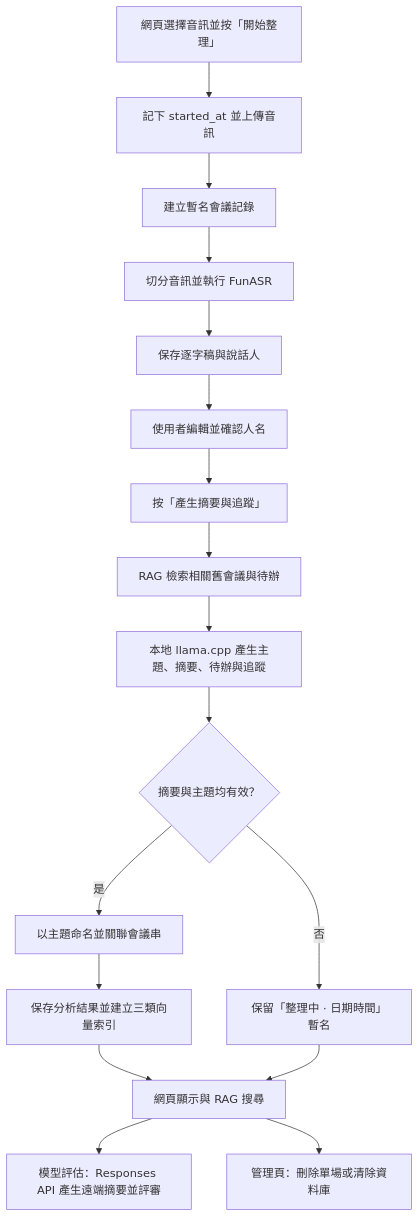
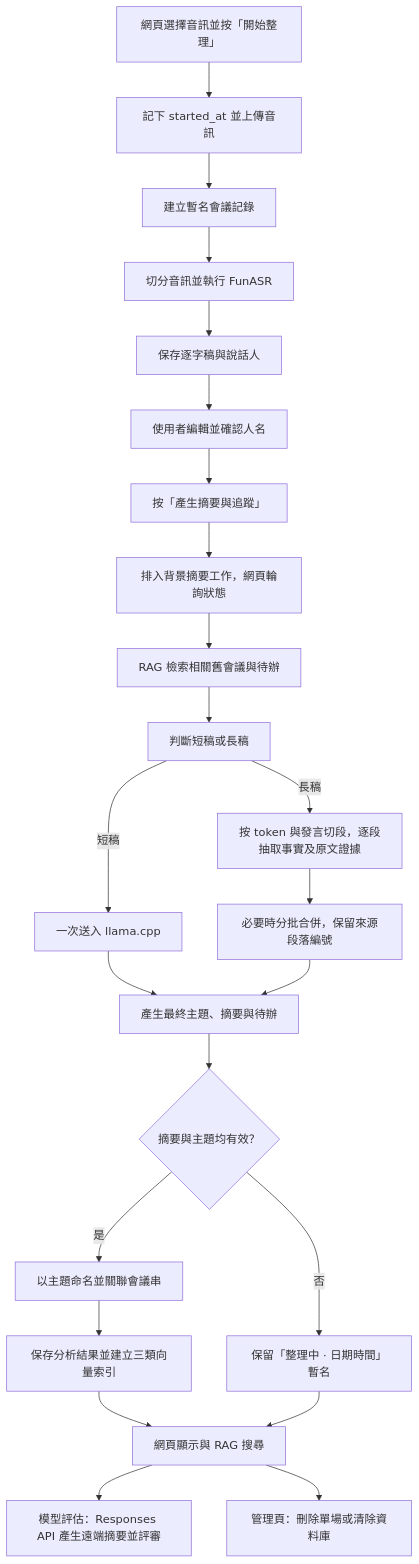
One commit to Hanson0901/meet-demo changed the diagram in architecture/09-current-workflow.md. Above: the diagram before and after it, drawn with Mermaid. The commit also changed other lines of this file and 15 other files, not shown here.

````diff
--- a/architecture/09-current-workflow.md
+++ b/architecture/09-current-workflow.md
@@ -7,19 +7,25 @@
 ```mermaid
 flowchart TD
     A[網頁選擇音訊並按「開始整理」] --> B[記下 started_at 並上傳音訊]
     B --> C[建立暫名會議記錄]
     C --> D[切分音訊並執行 FunASR]
     D --> E[保存逐字稿與說話人]
     E --> F[使用者編輯並確認人名]
     F --> G[按「產生摘要與追蹤」]
-    G --> H[RAG 檢索相關舊會議與待辦]
-    H --> I[本地 llama.cpp 產生主題、摘要、待辦與追蹤]
-    I --> J{摘要與主題均有效？}
-    J -->|是| K[以主題命名並關聯會議串]
-    K --> L[保存分析結果並建立三類向量索引]
-    J -->|否| M[保留「整理中 · 日期時間」暫名]
-    L --> N[網頁顯示與 RAG 搜尋]
+    G --> H[排入背景摘要工作，網頁輪詢狀態]
+    H --> I[RAG 檢索相關舊會議與待辦]
+    I --> J[判斷短稿或長稿]
+    J -->|短稿| K[一次送入 llama.cpp]
+    J -->|長稿| L[按 token 與發言切段，逐段抽取事實及原文證據]
+    L --> M[必要時分批合併，保留來源段落編號]
+    K --> N[產生最終主題、摘要與待辦]
     M --> N
-    N --> O[模型評估：Responses API 產生遠端摘要並評審]
-    N --> P[管理頁：刪除單場或清除資料庫]
+    N --> O{摘要與主題均有效？}
+    O -->|是| P[以主題命名並關聯會議串]
+    P --> Q[保存分析結果並建立三類向量索引]
+    O -->|否| R[保留「整理中 · 日期時間」暫名]
+    Q --> S[網頁顯示與 RAG 搜尋]
+    R --> S
+    S --> T[模型評估：Responses API 產生遠端摘要並評審]
+    S --> U[管理頁：刪除單場或清除資料庫]
 ```
````
